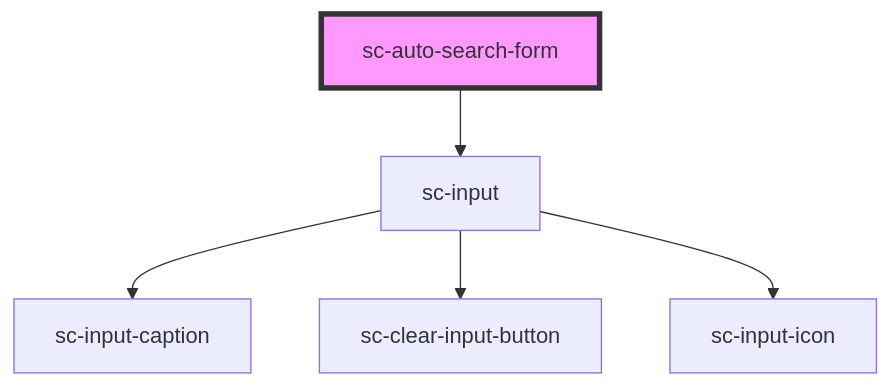
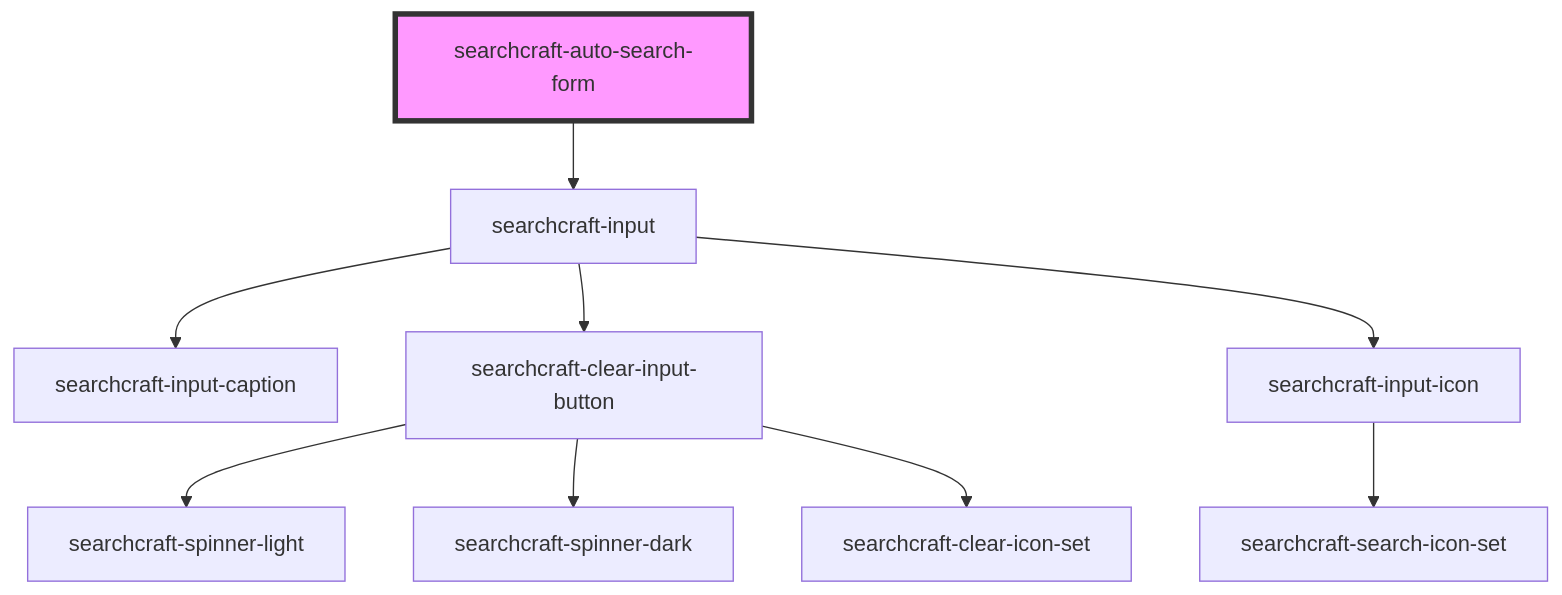
Before and after one commit to searchcraft-inc/searchcraft-javascript-sdks: the diagram in packages/javascript-sdk/src/components/searchcraft-auto-search-form/readme.md, drawn with Mermaid. The commit also changed other lines of this file and 56 other files, not shown here.

````diff
--- a/packages/javascript-sdk/src/components/searchcraft-auto-search-form/readme.md
+++ b/packages/javascript-sdk/src/components/searchcraft-auto-search-form/readme.md
@@ -36,8 +36,12 @@
 ```mermaid
 graph TD;
-  sc-auto-search-form --> sc-input
-  sc-input --> sc-input-caption
-  sc-input --> sc-clear-input-button
-  sc-input --> sc-input-icon
-  style sc-auto-search-form fill:#f9f,stroke:#333,stroke-width:4px
+  searchcraft-auto-search-form --> searchcraft-input
+  searchcraft-input --> searchcraft-input-caption
+  searchcraft-input --> searchcraft-clear-input-button
+  searchcraft-input --> searchcraft-input-icon
+  searchcraft-clear-input-button --> searchcraft-spinner-light
+  searchcraft-clear-input-button --> searchcraft-spinner-dark
+  searchcraft-clear-input-button --> searchcraft-clear-icon-set
+  searchcraft-input-icon --> searchcraft-search-icon-set
+  style searchcraft-auto-search-form fill:#f9f,stroke:#333,stroke-width:4px
 ```
````
